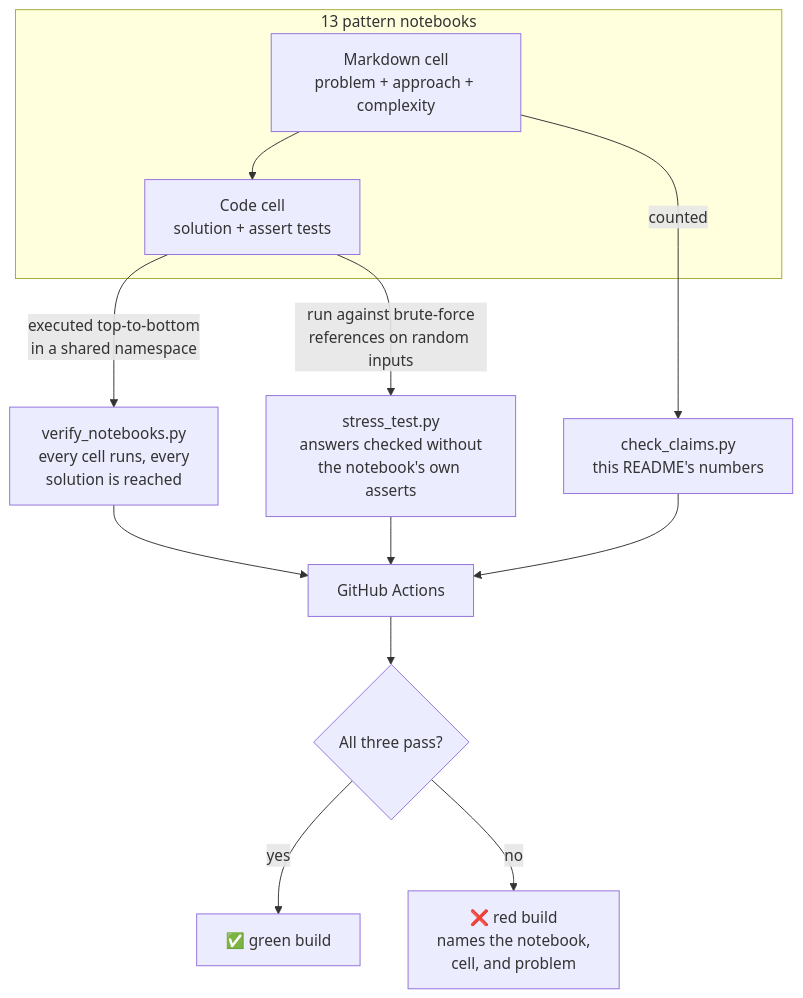
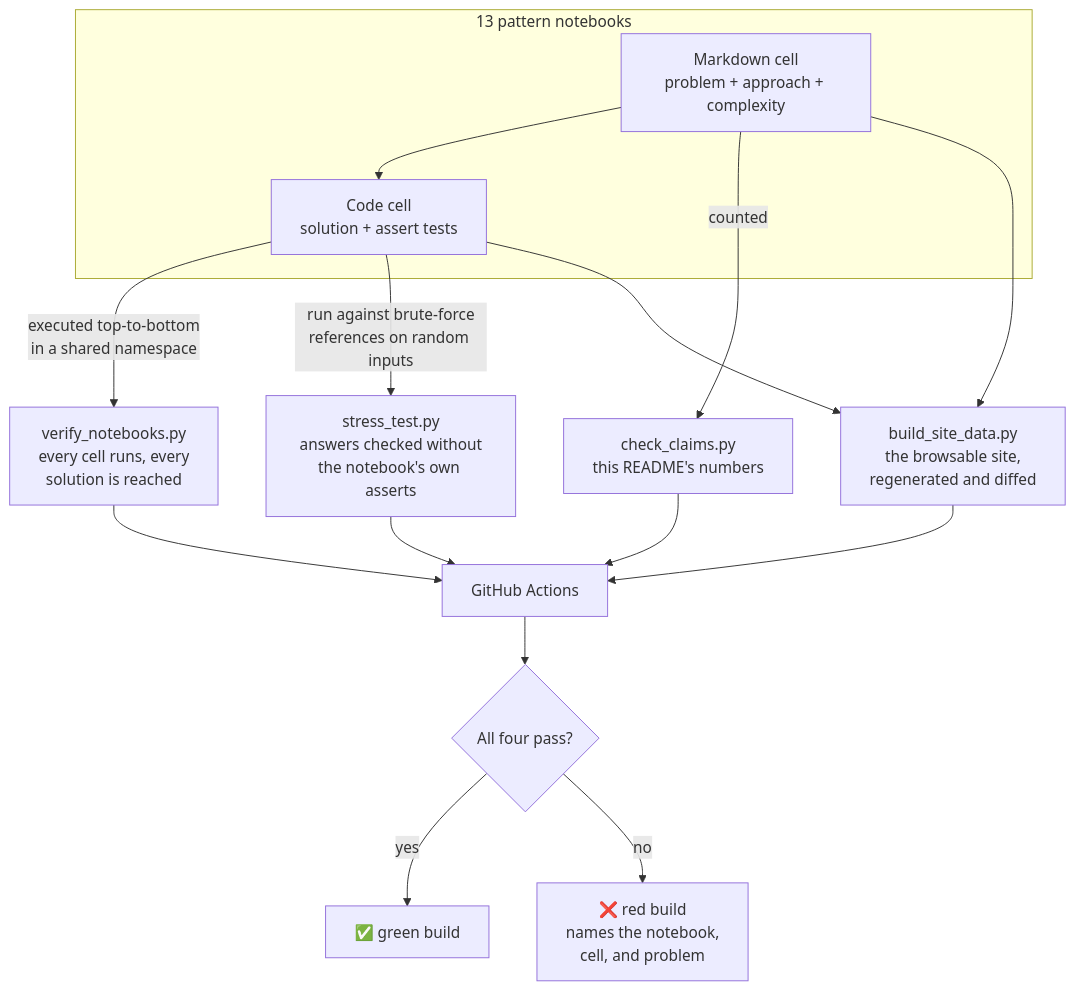
The diagram in README.md (shiva-shivanibokka/Core-algorithms-for-Leetcode), drawn with Mermaid before and after one commit. The commit also changed other lines of this file and 28 other files, not shown here.

````diff
--- a/README.md
+++ b/README.md
@@ -86,17 +88,20 @@
 ```mermaid
 flowchart TD
     subgraph NB["13 pattern notebooks"]
         A["Markdown cell<br/>problem + approach + complexity"]
         B["Code cell<br/>solution + assert tests"]
         A --> B
     end
     B -->|executed top-to-bottom<br/>in a shared namespace| V["verify_notebooks.py<br/>every cell runs, every<br/>solution is reached"]
     B -->|run against brute-force<br/>references on random inputs| S["stress_test.py<br/>answers checked without<br/>the notebook's own asserts"]
     A -->|counted| C["check_claims.py<br/>this README's numbers"]
+    A --> D["build_site_data.py<br/>the browsable site,<br/>regenerated and diffed"]
+    B --> D
     V --> CI["GitHub Actions"]
     S --> CI
     C --> CI
-    CI --> G{"All three pass?"}
+    D --> CI
+    CI --> G{"All four pass?"}
     G -->|yes| OK["✅ green build"]
     G -->|no| BAD["❌ red build<br/>names the notebook,<br/>cell, and problem"]
 ```
````
